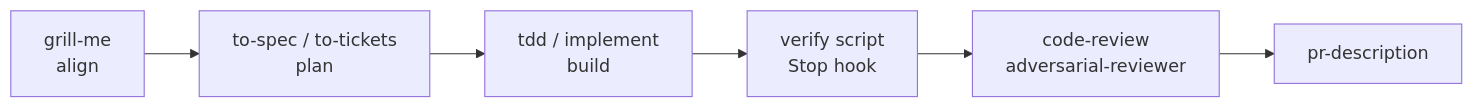
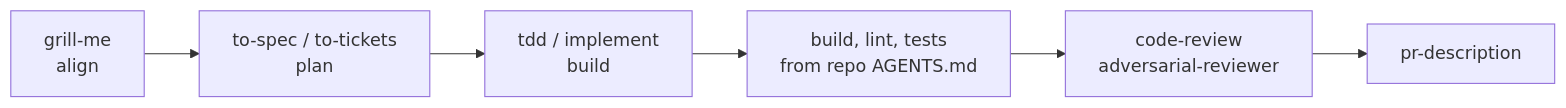
Before and after one commit to Caminare/agent-harness: the second of 2 diagrams in README.md, drawn with Mermaid. The commit also changed other lines of this file and 13 other files, not shown here.

Commit message:
refactor: remove the verify hook and its templates

````diff
--- a/README.md
+++ b/README.md
@@ -117,8 +115,8 @@
 ```mermaid
 flowchart LR
   G["grill-me<br/>align"] --> SP["to-spec / to-tickets<br/>plan"]
   SP --> I["tdd / implement<br/>build"]
-  I --> V["verify script<br/>Stop hook"]
+  I --> V["build, lint, tests<br/>from repo AGENTS.md"]
   V --> R["code-review<br/>adversarial-reviewer"]
   R --> PR["pr-description"]
 ```
````
